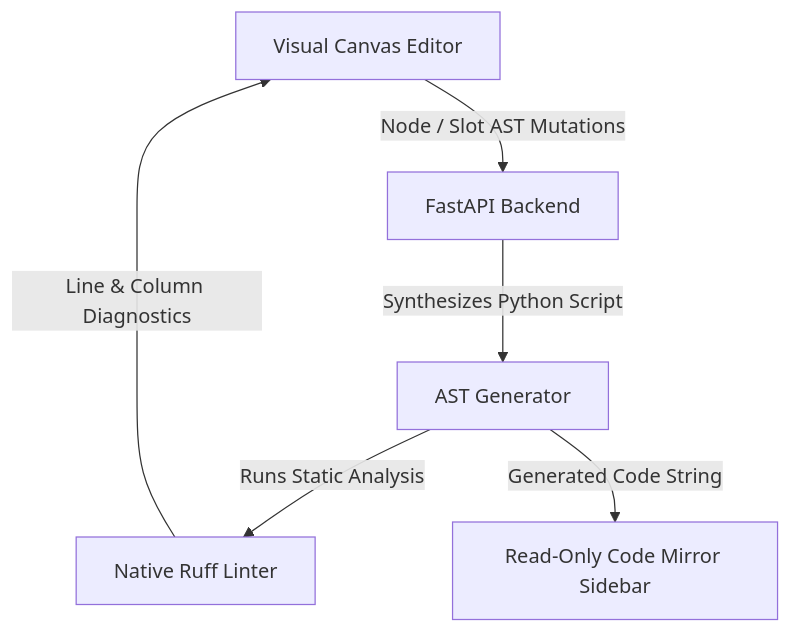
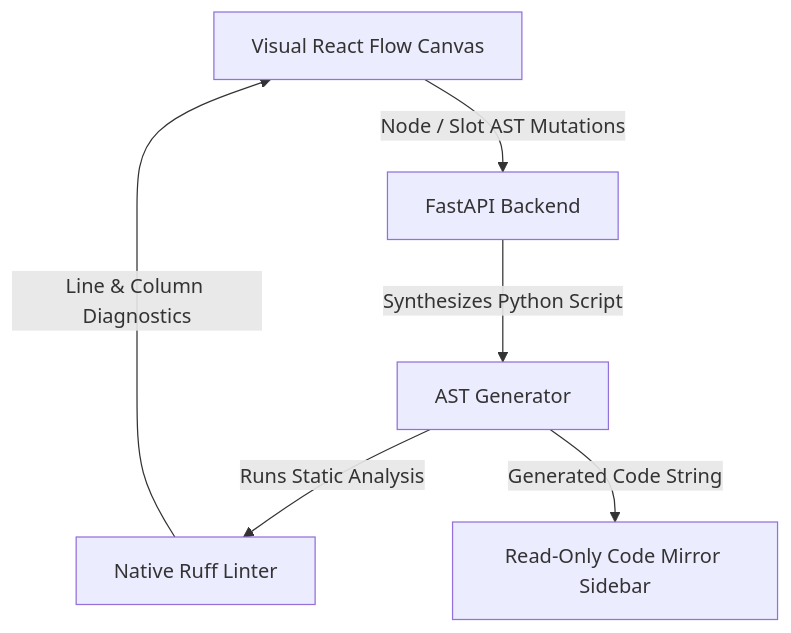
One commit to kszucher/mapboard-v2 changed the diagram in README.md. Above: the diagram before and after it, drawn with Mermaid. The commit also changed other lines of this file, not shown here.

````diff
--- a/README.md
+++ b/README.md
@@ -37,8 +73,8 @@
 ```mermaid
 graph TD
-    UI[Visual Canvas Editor] -- "Node / Slot AST Mutations" --> API[FastAPI Backend]
+    Canvas[Visual React Flow Canvas] -- "Node / Slot AST Mutations" --> API[FastAPI Backend]
     API -- "Synthesizes Python Script" --> Compiler[AST Generator]
     Compiler -- "Runs Static Analysis" --> Ruff[Native Ruff Linter]
     Compiler -- "Generated Code String" --> Sidebar[Read-Only Code Mirror Sidebar]
-    Ruff -- "Line & Column Diagnostics" --> UI
+    Ruff -- "Line & Column Diagnostics" --> Canvas
 ```
````
